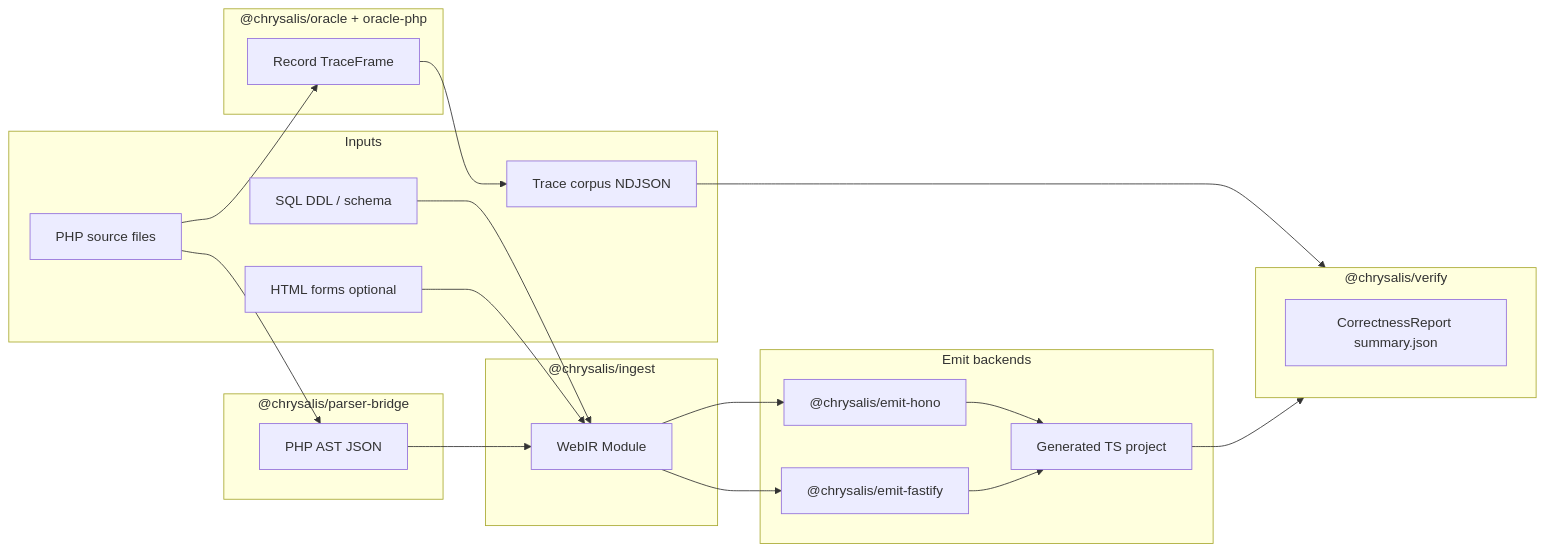
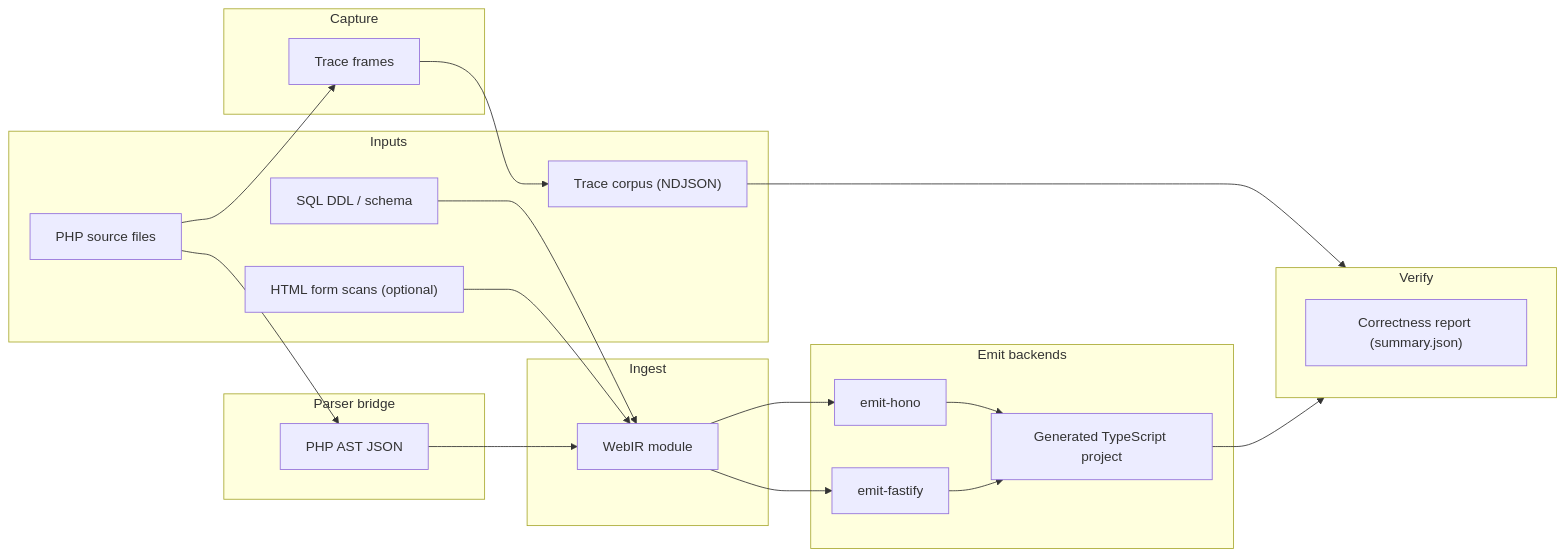
Before and after one commit to AgenticOp-io/chrysalis: the first of 3 diagrams in agenticop-site/whitepaper.md, drawn with Mermaid. The commit also changed other lines of this file and 48 other files, not shown here.

````diff
--- a/agenticop-site/whitepaper.md
+++ b/agenticop-site/whitepaper.md
@@ -60,44 +69,44 @@
 ```mermaid
 flowchart LR
   subgraph sources["Inputs"]
     PHP["PHP source files"]
     DDL["SQL DDL / schema"]
-    HTML["HTML forms optional"]
-    TC["Trace corpus NDJSON"]
+    HTML["HTML form scans (optional)"]
+    TC["Trace corpus (NDJSON)"]
   end
 
-  subgraph parse["@chrysalis/parser-bridge"]
+  subgraph parse["Parser bridge"]
     AST["PHP AST JSON"]
   end
 
-  subgraph ingest_pkg["@chrysalis/ingest"]
-    WIR["WebIR Module"]
+  subgraph ingest_pkg["Ingest"]
+    WIR["WebIR module"]
   end
 
   subgraph emit["Emit backends"]
-    EH["@chrysalis/emit-hono"]
-    EF["@chrysalis/emit-fastify"]
-    TS["Generated TS project"]
+    EH["emit-hono"]
+    EF["emit-fastify"]
+    TS["Generated TypeScript project"]
   end
 
-  subgraph oracle_pkg["@chrysalis/oracle + oracle-php"]
-    REC["Record TraceFrame"]
+  subgraph oracle_pkg["Capture"]
+    REC["Trace frames"]
   end
 
-  subgraph verify_pkg["@chrysalis/verify"]
-    REP["CorrectnessReport summary.json"]
+  subgraph verify_pkg["Verify"]
+    REP["Correctness report (summary.json)"]
   end
 
   PHP --> AST
   AST --> WIR
   DDL --> WIR
   HTML --> WIR
   TC --> verify_pkg
   WIR --> EH
   WIR --> EF
   EH --> TS
   EF --> TS
   TS --> verify_pkg
   PHP --> REC
   REC --> TC
 ```
````
